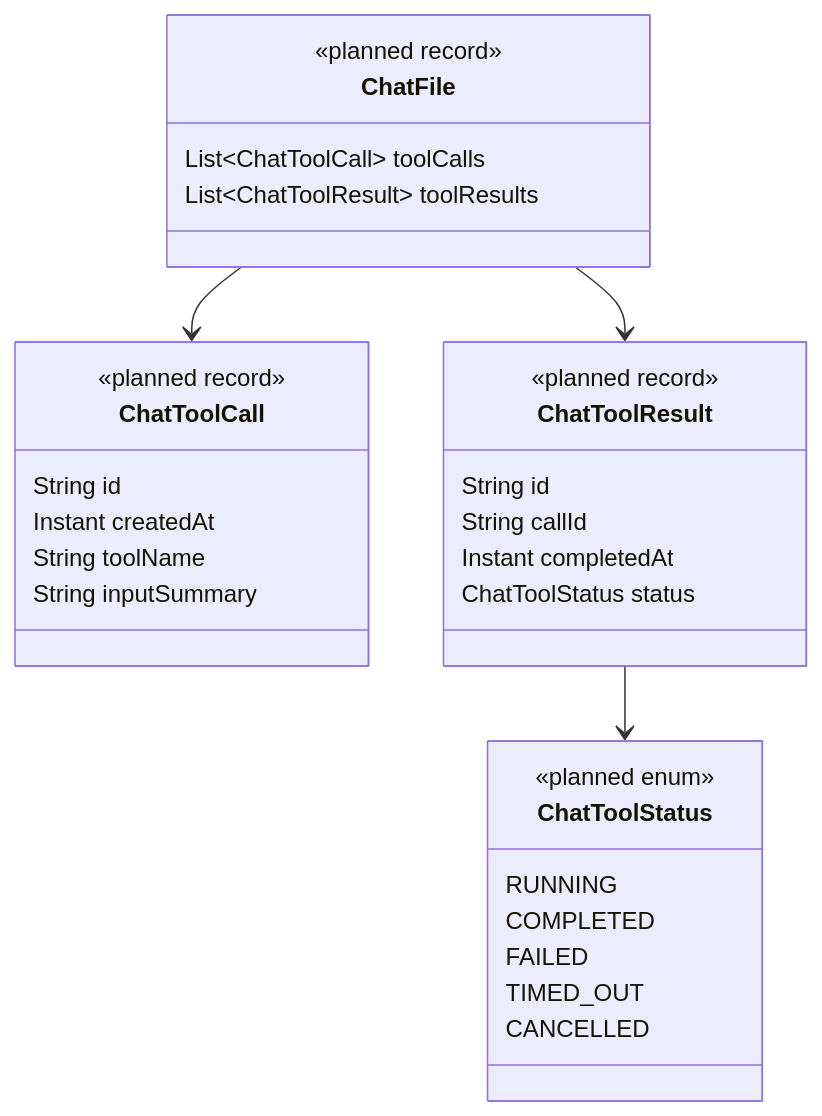
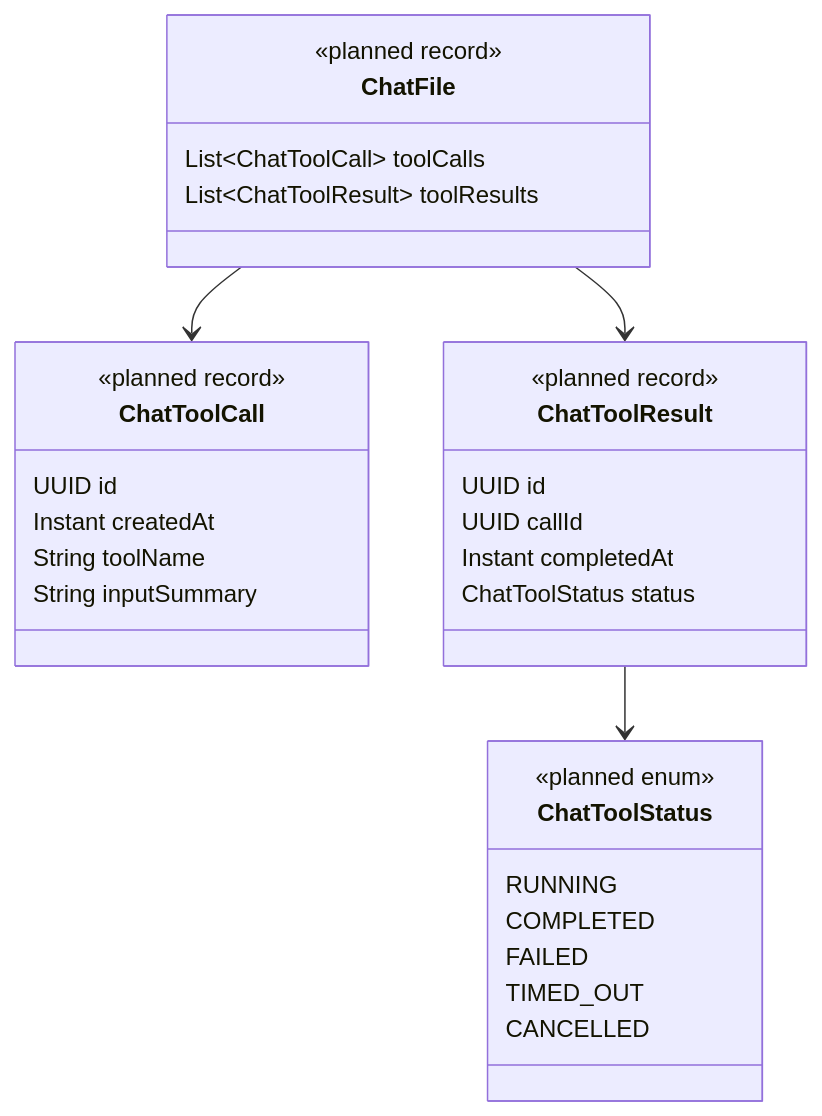
Before and after one commit to codegeist-ai/codegeist: the fourth of 17 diagrams in docs/tasks/T007_build-codegeist-runtime-harness/runtime-harness-spec.md, drawn with Mermaid. The commit also changed other lines of this file and 47 other files, not shown here.

````diff
--- a/docs/tasks/T007_build-codegeist-runtime-harness/runtime-harness-spec.md
+++ b/docs/tasks/T007_build-codegeist-runtime-harness/runtime-harness-spec.md
@@ -176,39 +176,39 @@
 ```mermaid
 classDiagram
     direction TB
 
     class ChatFile {
       <<planned record>>
       List~ChatToolCall~ toolCalls
       List~ChatToolResult~ toolResults
     }
 
     class ChatToolCall {
       <<planned record>>
-      String id
+      UUID id
       Instant createdAt
       String toolName
       String inputSummary
     }
 
     class ChatToolResult {
       <<planned record>>
-      String id
-      String callId
+      UUID id
+      UUID callId
       Instant completedAt
       ChatToolStatus status
     }
 
     class ChatToolStatus {
       <<planned enum>>
       RUNNING
       COMPLETED
       FAILED
       TIMED_OUT
       CANCELLED
     }
 
     ChatFile --> ChatToolCall
     ChatFile --> ChatToolResult
     ChatToolResult --> ChatToolStatus
 ```
````
